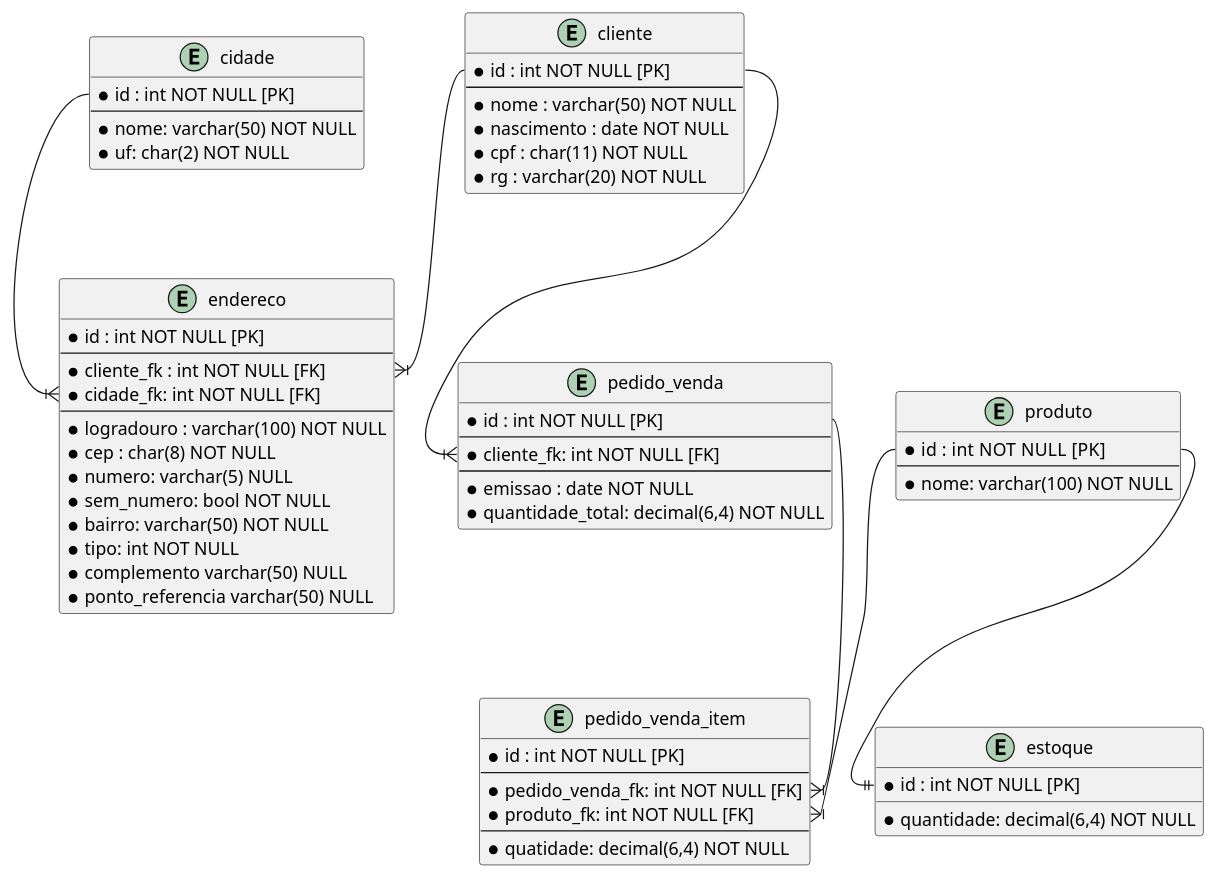
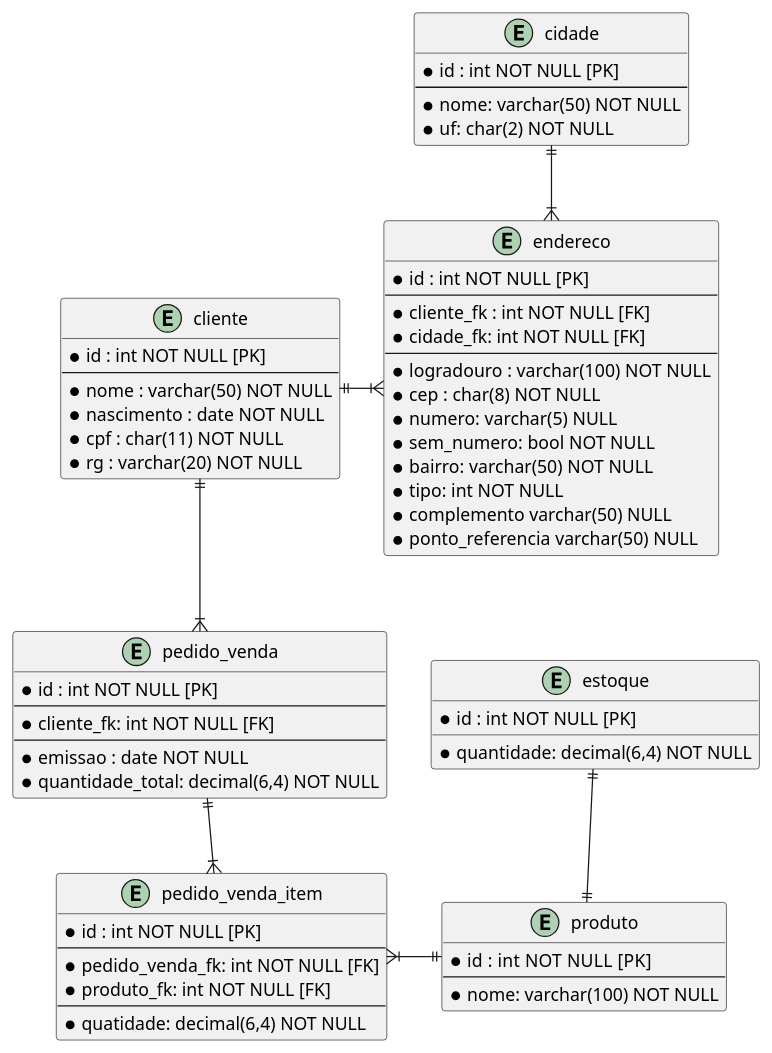
One commit to prof-rafaelrasso/2022-db-data-marcio changed the diagram in docs/marcio_system.puml. Above: the diagram before and after it, drawn with PlantUML. The commit also changed 1 other file, not shown here.

```diff
--- a/docs/marcio_system.puml
+++ b/docs/marcio_system.puml
@@ -1,75 +1,75 @@
 @startuml marcio_system
 
 entity cliente   {
     *id : int NOT NULL [PK]
     --
     *nome : varchar(50) NOT NULL
     *nascimento : date NOT NULL
     *cpf : char(11) NOT NULL
     *rg : varchar(20) NOT NULL
 }
 
 entity endereco {
      *id : int NOT NULL [PK]
     --
     *cliente_fk : int NOT NULL [FK]
     *cidade_fk: int NOT NULL [FK]
     --
     *logradouro : varchar(100) NOT NULL
     *cep : char(8) NOT NULL
     *numero: varchar(5) NULL
     *sem_numero: bool NOT NULL
     *bairro: varchar(50) NOT NULL
     *tipo: int NOT NULL
     *complemento varchar(50) NULL
     *ponto_referencia varchar(50) NULL
 }
 
 entity cidade {
     *id : int NOT NULL [PK]
     --
     *nome: varchar(50) NOT NULL
     *uf: char(2) NOT NULL 
 }
 
 entity pedido_venda  {
     *id : int NOT NULL [PK]
     --
     *cliente_fk: int NOT NULL [FK]
     --
     *emissao : date NOT NULL
     *quantidade_total: decimal(6,4) NOT NULL
 }
 
 entity pedido_venda_item {
     *id : int NOT NULL [PK]
     --
     *pedido_venda_fk: int NOT NULL [FK]
     *produto_fk: int NOT NULL [FK]
     --
     *quatidade: decimal(6,4) NOT NULL
 }
 
 entity produto {
     *id : int  NOT NULL [PK]
     --
     *nome: varchar(100) NOT NULL
 }
 
 entity estoque {
    *id : int NOT NULL [PK]
    *quantidade: decimal(6,4) NOT NULL 
 }
 
-cliente::id --|{ endereco::cliente_fk
-cliente::id --|{ pedido_venda::cliente_fk
+cliente ||-right-|{ endereco
+cliente ||--|{ pedido_venda
 
-cidade::id --|{ endereco::cidade_fk
-pedido_venda::id --|{ pedido_venda_item::pedido_venda_fk
+cidade ||--|{ endereco
+pedido_venda ||--|{ pedido_venda_item
 
-produto::id --|{ pedido_venda_item::produto_fk
-produto::id --|| estoque::id
+produto ||-left-|{ pedido_venda_item
+produto ||-up-|| estoque
 
 
 
 @enduml
```
